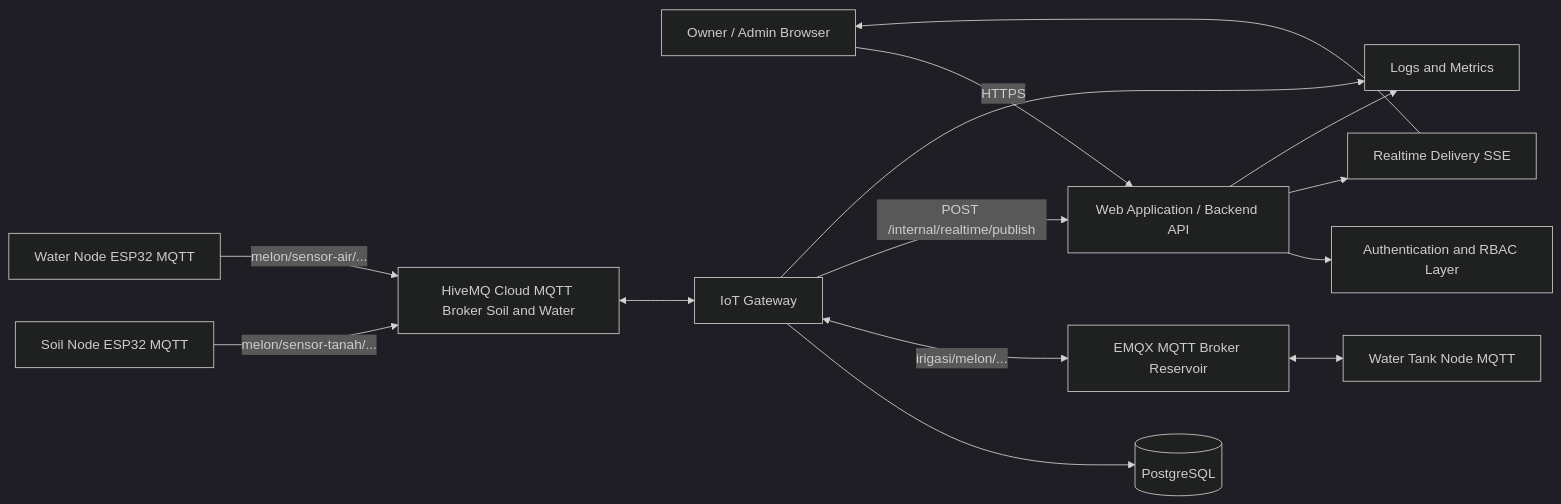
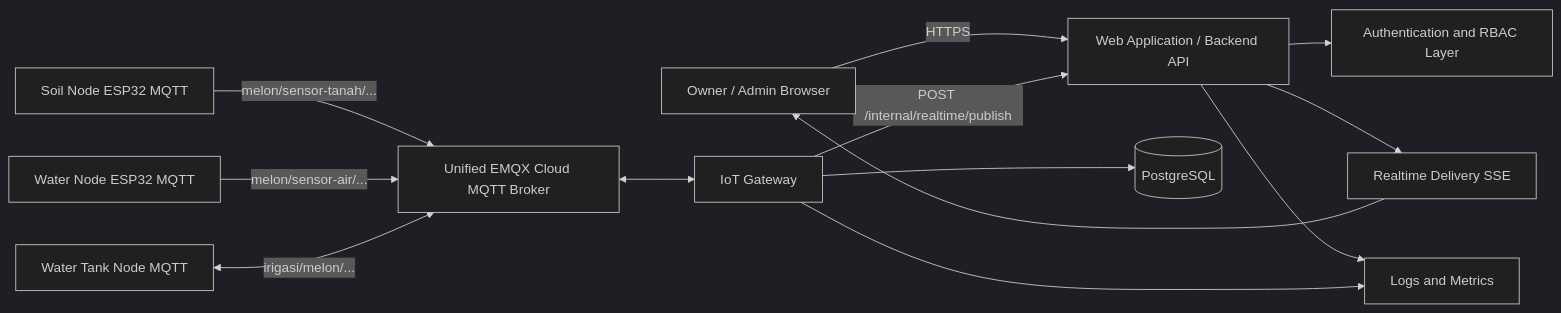
One commit to Hugo141132/Melon changed the first of 5 diagrams in docs/ARCHITECTURE.md. Above: the diagram before and after it, drawn with Mermaid (dark theme). The commit also changed other lines of this file and 11 other files, not shown here.

````diff
--- a/docs/ARCHITECTURE.md
+++ b/docs/ARCHITECTURE.md
@@ -114,29 +114,27 @@
 ```mermaid
 flowchart LR
     U[Owner / Admin Browser]
     W[Web Application / Backend API]
     A[Authentication and RBAC Layer]
     R[Realtime Delivery SSE]
     G[IoT Gateway]
-    M_Res[EMQX MQTT Broker Reservoir]
-    M_SW[HiveMQ Cloud MQTT Broker Soil and Water]
+    M_Uni[Unified EMQX Cloud MQTT Broker]
     D_Soil[Soil Node ESP32 MQTT]
     D_Water[Water Node ESP32 MQTT]
     D_Res[Water Tank Node MQTT]
     DB[(PostgreSQL)]
     O[Logs and Metrics]
 
     U -->|HTTPS| W
     W --> A
-    D_Soil -->|melon/sensor-tanah/...| M_SW
-    D_Water -->|melon/sensor-air/...| M_SW
-    M_SW <--> G
+    D_Soil -->|melon/sensor-tanah/...| M_Uni
+    D_Water -->|melon/sensor-air/...| M_Uni
+    D_Res <-->|irigasi/melon/...| M_Uni
+    M_Uni <--> G
     G --> DB
-    G <-->|irigasi/melon/...| M_Res
-    M_Res <--> D_Res
     G -->|POST /internal/realtime/publish| W
     W --> R
     R --> U
     W --> O
     G --> O
 ```
````
